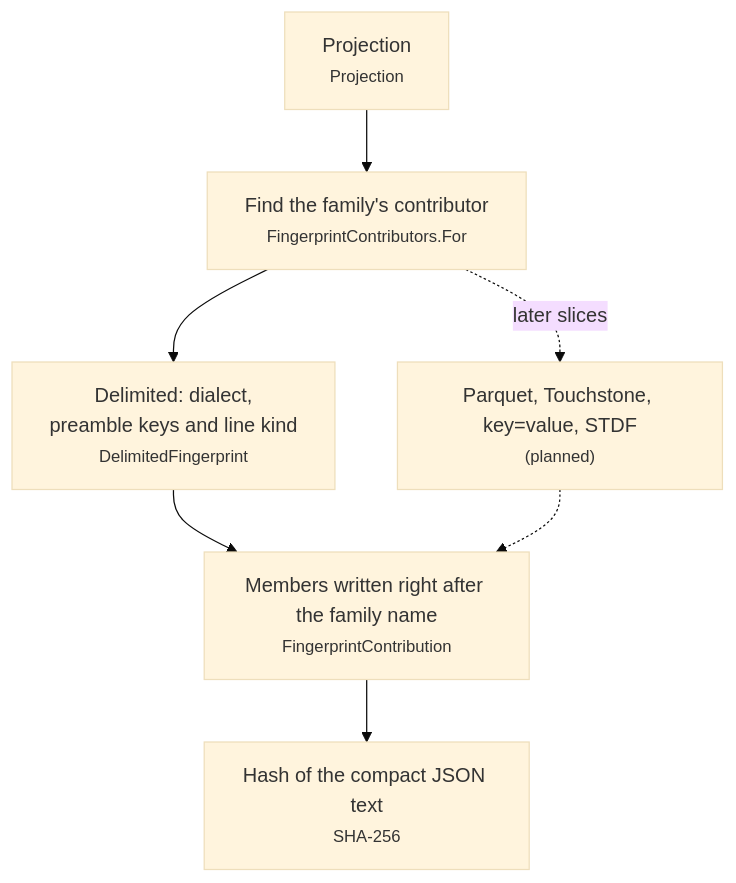
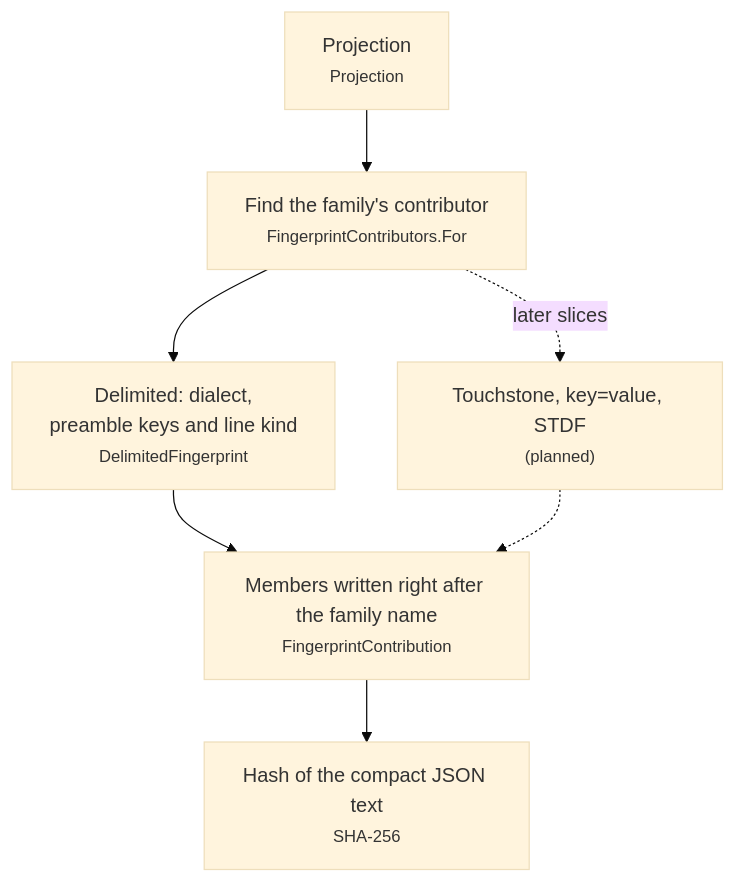
One commit to squalor-xyz/squalify changed diagram 17 of 25 in docs/how-it-works.md. Above: the diagram before and after it, drawn with Mermaid (base theme). The commit also changed other lines of this file and 42 other files, not shown here.

````diff
--- a/docs/how-it-works.md
+++ b/docs/how-it-works.md
@@ -276,9 +274,9 @@
 ```mermaid
 flowchart TD
     P["Projection<br/><small>Projection</small>"] --> R["Find the family's contributor<br/><small>FingerprintContributors.For</small>"]
     R --> DC["Delimited: dialect,<br/>preamble keys and line kind<br/><small>DelimitedFingerprint</small>"]
-    R -. "later slices" .-> OC["Parquet, Touchstone, key=value, STDF<br/><small>(planned)</small>"]
+    R -. "later slices" .-> OC["Touchstone, key=value, STDF<br/><small>(planned)</small>"]
     DC --> M["Members written right after the family name<br/><small>FingerprintContribution</small>"]
     OC -.-> M
     M --> H["Hash of the compact JSON text<br/><small>SHA-256</small>"]
 ```
````
